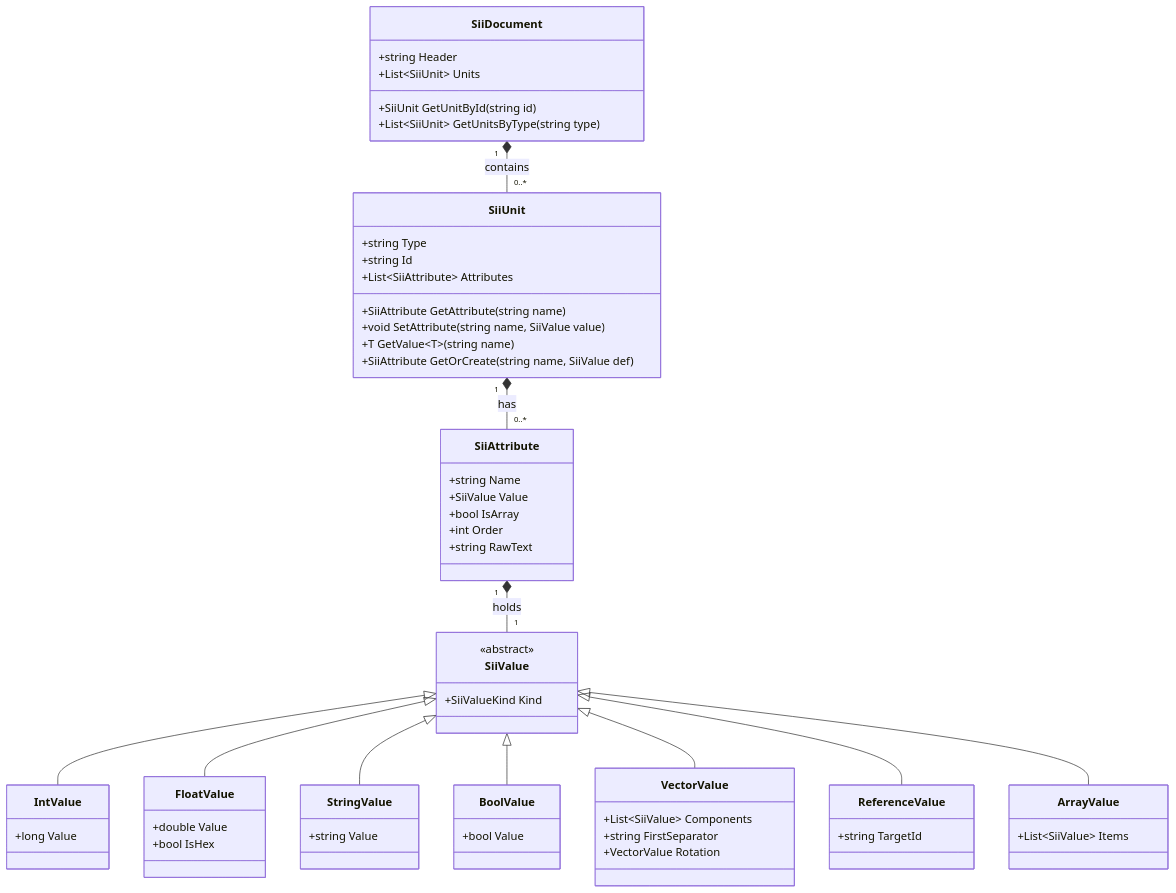
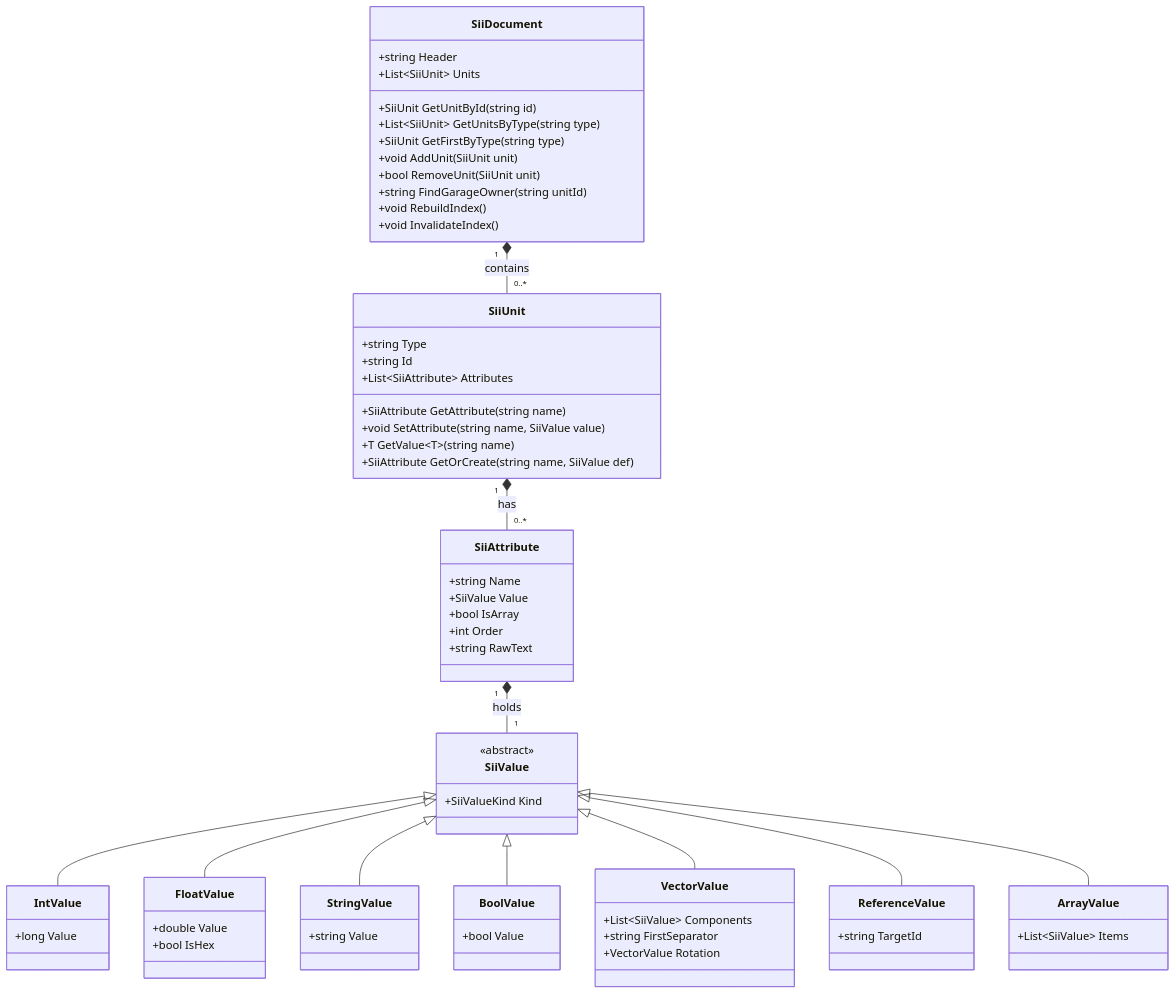
Before and after one commit to Inliang/Ets2SaveEditor: the first of 6 diagrams in docs/ARCHITECTURE.md, drawn with Mermaid. The commit also changed other lines of this file and 10 other files, not shown here.

````diff
--- a/docs/ARCHITECTURE.md
+++ b/docs/ARCHITECTURE.md
@@ -119,64 +119,70 @@
 ```mermaid
 classDiagram
     class SiiValue {
         <<abstract>>
         +SiiValueKind Kind
     }
     class IntValue {
         +long Value
     }
     class FloatValue {
         +double Value
         +bool IsHex
     }
     class StringValue {
         +string Value
     }
     class BoolValue {
         +bool Value
     }
     class VectorValue {
         +List~SiiValue~ Components
         +string FirstSeparator
         +VectorValue Rotation
     }
     class ReferenceValue {
         +string TargetId
     }
     class ArrayValue {
         +List~SiiValue~ Items
     }
     SiiValue <|-- IntValue
     SiiValue <|-- FloatValue
     SiiValue <|-- StringValue
     SiiValue <|-- BoolValue
     SiiValue <|-- VectorValue
     SiiValue <|-- ReferenceValue
     SiiValue <|-- ArrayValue
 
     class SiiAttribute {
         +string Name
         +SiiValue Value
         +bool IsArray
         +int Order
         +string RawText
     }
     class SiiUnit {
         +string Type
         +string Id
         +List~SiiAttribute~ Attributes
         +SiiAttribute GetAttribute(string name)
         +void SetAttribute(string name, SiiValue value)
         +T GetValue~T~(string name)
         +SiiAttribute GetOrCreate(string name, SiiValue def)
     }
     class SiiDocument {
         +string Header
         +List~SiiUnit~ Units
         +SiiUnit GetUnitById(string id)
         +List~SiiUnit~ GetUnitsByType(string type)
+        +SiiUnit GetFirstByType(string type)
+        +void AddUnit(SiiUnit unit)
+        +bool RemoveUnit(SiiUnit unit)
+        +string FindGarageOwner(string unitId)
+        +void RebuildIndex()
+        +void InvalidateIndex()
     }
     SiiDocument "1" *-- "0..*" SiiUnit : contains
     SiiUnit "1" *-- "0..*" SiiAttribute : has
     SiiAttribute "1" *-- "1" SiiValue : holds
 ```
````
